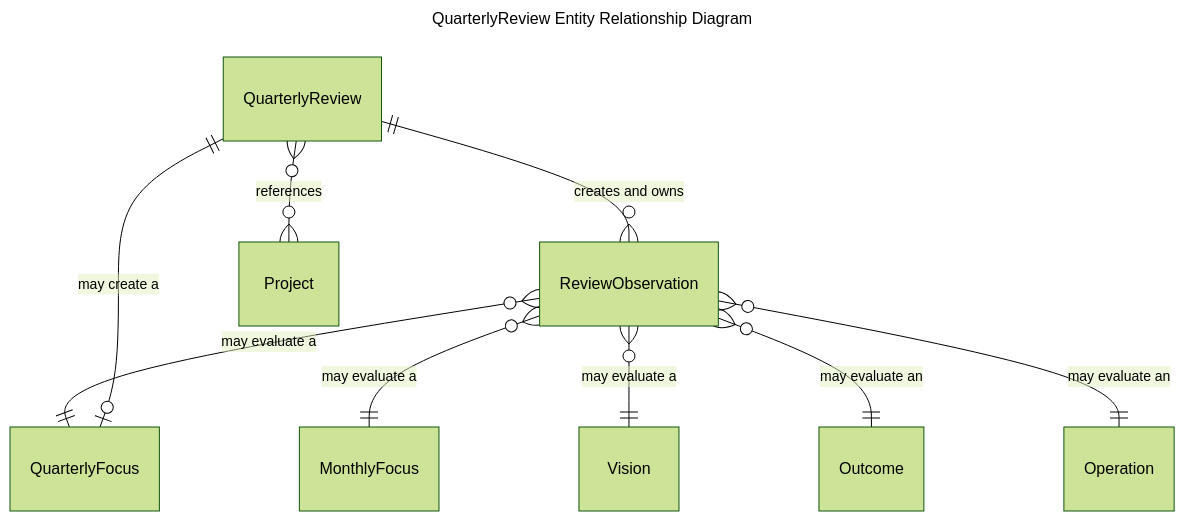
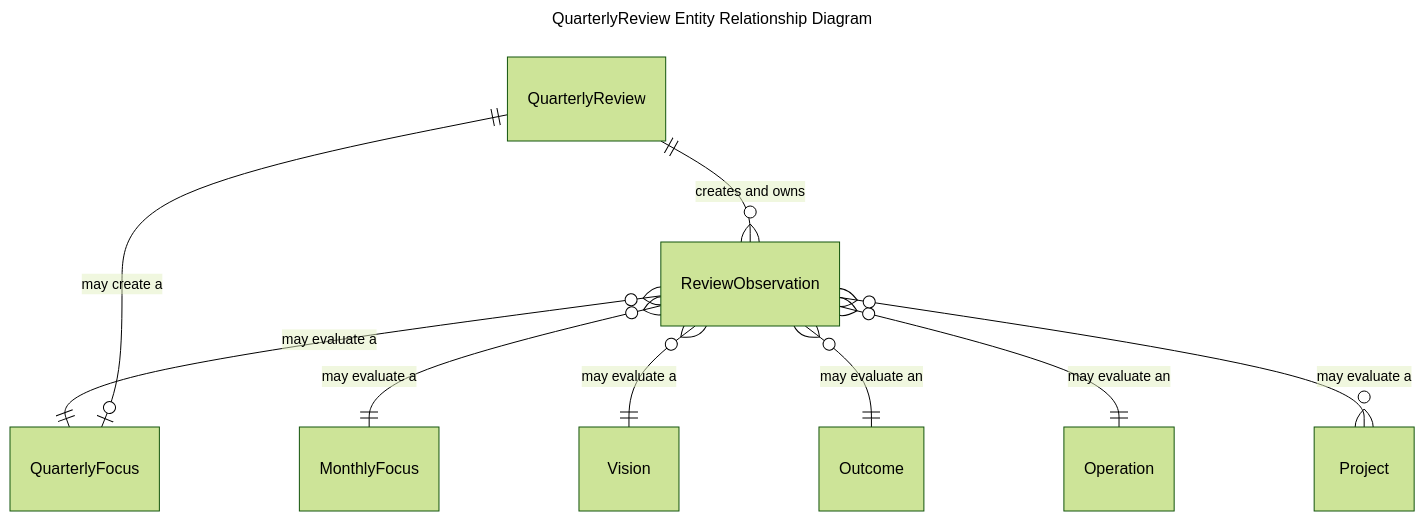
The eighth of 8 diagrams in design-docs/02-entity-relationship-diagrams.md (osgrouch/olos), drawn with Mermaid (forest theme) before and after one commit. The commit also changed other lines of this file and 2 other files, not shown here.

Commit message:
More work

````diff
--- a/design-docs/02-entity-relationship-diagrams.md
+++ b/design-docs/02-entity-relationship-diagrams.md
@@ -191,18 +192,18 @@
 ``` mermaid
 ---
 title: QuarterlyReview Entity Relationship Diagram
 ---
 erDiagram
   direction TB
 
   QuarterlyReview ||--o{ ReviewObservation : "creates and owns"
 
   ReviewObservation }o--|| QuarterlyFocus : "may evaluate a"
   ReviewObservation }o--|| MonthlyFocus : "may evaluate a"
   ReviewObservation }o--|| Vision : "may evaluate a"
   ReviewObservation }o--|| Outcome : "may evaluate an"
   ReviewObservation }o--|| Operation : "may evaluate an"
-  QuarterlyReview }o--o{ Project : "references"
+  ReviewObservation }o--o{ Project : "may evaluate a"
 
   QuarterlyReview ||--o| QuarterlyFocus : "may create a"
 ```
````
